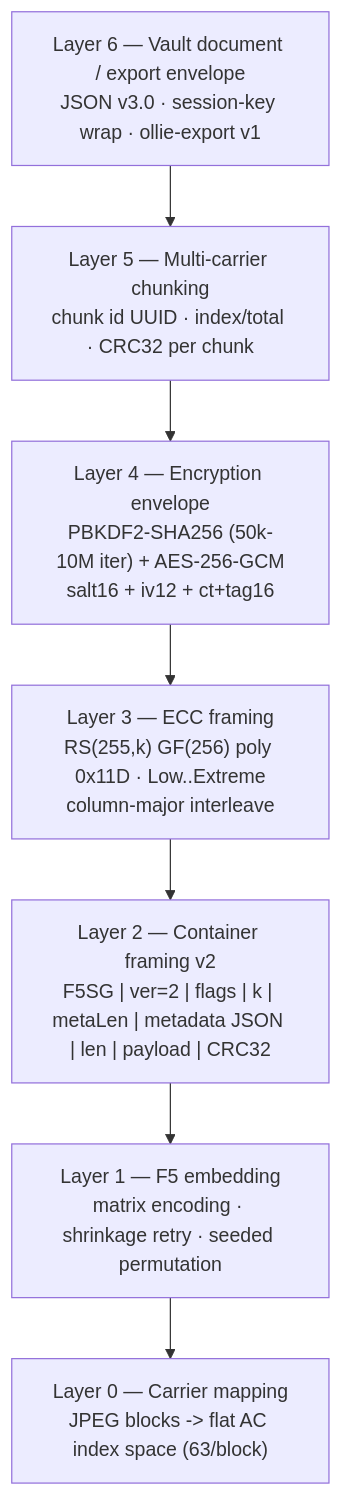
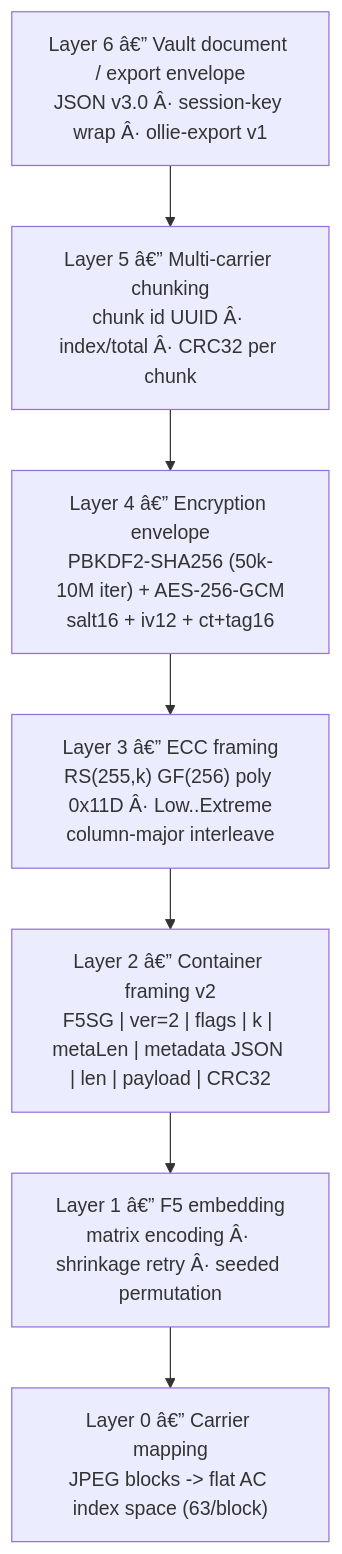
Before and after one commit to jessebeard/Ollie: the fourth of 6 diagrams in WIREFRAME.md, drawn with Mermaid. The commit also changed other lines of this file and 12 other files, not shown here.

````diff
--- a/WIREFRAME.md
+++ b/WIREFRAME.md
@@ -310,17 +326,17 @@
 ```mermaid
 flowchart TB
-    L6["Layer 6 — Vault document / export envelope<br/>JSON v3.0 · session-key wrap · ollie-export v1"]
-    L5["Layer 5 — Multi-carrier chunking<br/>chunk id UUID · index/total · CRC32 per chunk"]
-    L4["Layer 4 — Encryption envelope<br/>PBKDF2-SHA256 (50k-10M iter) + AES-256-GCM<br/>salt16 + iv12 + ct+tag16"]
-    L3["Layer 3 — ECC framing<br/>RS(255,k) GF(256) poly 0x11D · Low..Extreme<br/>column-major interleave"]
-    L2["Layer 2 — Container framing v2<br/>F5SG | ver=2 | flags | k | metaLen | metadata JSON | len | payload | CRC32"]
-    L1["Layer 1 — F5 embedding<br/>matrix encoding · shrinkage retry · seeded permutation"]
-    L0["Layer 0 — Carrier mapping<br/>JPEG blocks -> flat AC index space (63/block)"]
+    L6["Layer 6 â€” Vault document / export envelope<br/>JSON v3.0 Â· session-key wrap Â· ollie-export v1"]
+    L5["Layer 5 â€” Multi-carrier chunking<br/>chunk id UUID Â· index/total Â· CRC32 per chunk"]
+    L4["Layer 4 â€” Encryption envelope<br/>PBKDF2-SHA256 (50k-10M iter) + AES-256-GCM<br/>salt16 + iv12 + ct+tag16"]
+    L3["Layer 3 â€” ECC framing<br/>RS(255,k) GF(256) poly 0x11D Â· Low..Extreme<br/>column-major interleave"]
+    L2["Layer 2 â€” Container framing v2<br/>F5SG | ver=2 | flags | k | metaLen | metadata JSON | len | payload | CRC32"]
+    L1["Layer 1 â€” F5 embedding<br/>matrix encoding Â· shrinkage retry Â· seeded permutation"]
+    L0["Layer 0 â€” Carrier mapping<br/>JPEG blocks -> flat AC index space (63/block)"]
 
     L6 --> L5
     L5 --> L4
     L4 --> L3
     L3 --> L2
     L2 --> L1
     L1 --> L0
 ```
````
